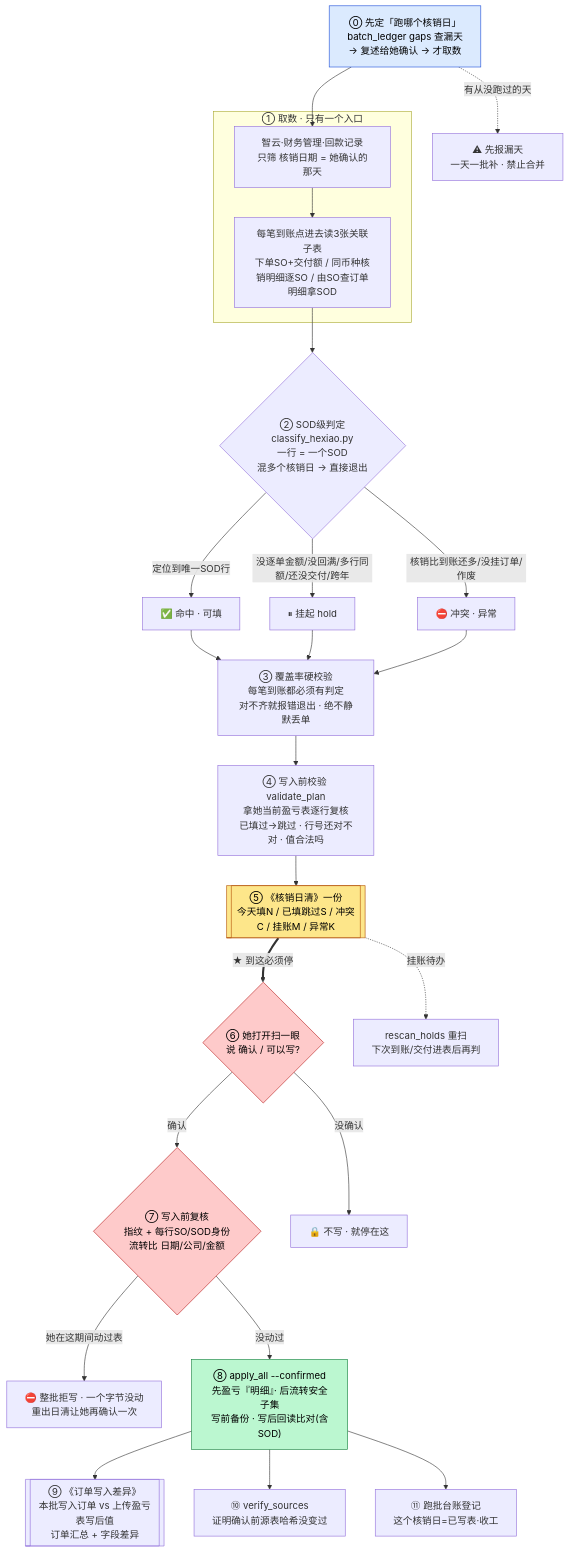
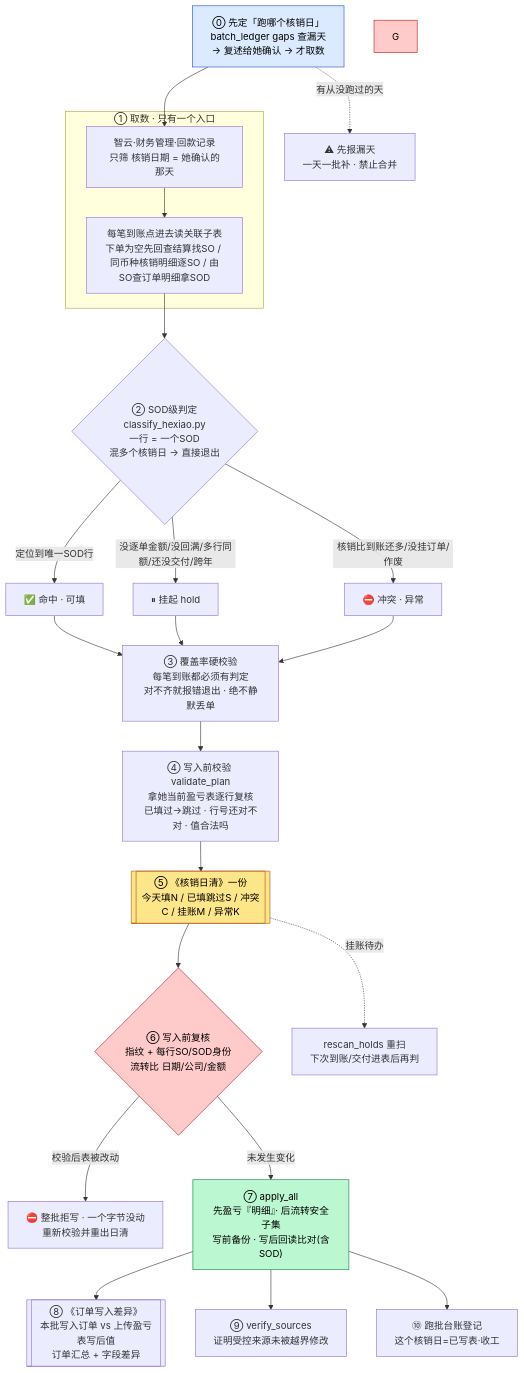
Before and after one commit to EvanLee2004/finance-skills: the first of 2 diagrams in skills/ar-hexiao-daily/README.md, drawn with Mermaid. The commit also changed other lines of this file and 38 other files, not shown here.

````diff
--- a/skills/ar-hexiao-daily/README.md
+++ b/skills/ar-hexiao-daily/README.md
@@ -56,32 +56,30 @@
 ```mermaid
 flowchart TD
     D0["⓪ 先定「跑哪个核销日」<br/>batch_ledger gaps 查漏天<br/>→ 复述给她确认 → 才取数"] --> A
     D0 -.->|"有从没跑过的天"| GAP["⚠ 先报漏天<br/>一天一批补 · 禁止合并"]
     subgraph 取数["① 取数 · 只有一个入口"]
-        A["智云·财务管理·回款记录<br/>只筛 核销日期 = 她确认的那天"] --> B["每笔到账点进去读3张关联子表<br/>下单SO+交付额 / 同币种核销明细逐SO / 由SO查订单明细拿SOD"]
+        A["智云·财务管理·回款记录<br/>只筛 核销日期 = 她确认的那天"] --> B["每笔到账点进去读关联子表<br/>下单为空先回查结算找SO / 同币种核销明细逐SO / 由SO查订单明细拿SOD"]
     end
     B --> C{"② SOD级判定<br/>classify_hexiao.py<br/>一行 = 一个SOD<br/>混多个核销日 → 直接退出"}
     C -->|"定位到唯一SOD行"| HIT["✅ 命中 · 可填"]
     C -->|"没逐单金额/没回满/多行同额/还没交付/跨年"| HOLD["⏸ 挂起 hold"]
     C -->|"核销比到账还多/没挂订单/作废"| EXC["⛔ 冲突 · 异常"]
     HIT --> COV
     HOLD --> COV
     EXC --> COV
     COV["③ 覆盖率硬校验<br/>每笔到账都必须有判定<br/>对不齐就报错退出 · 绝不静默丢单"] --> V["④ 写入前校验 validate_plan<br/>拿她当前盈亏表逐行复核<br/>已填过→跳过 · 行号还对不对 · 值合法吗"]
     V --> W[["⑤ 《核销日清》一份<br/>今天填N / 已填跳过S / 冲突C / 挂账M / 异常K"]]
-    W ==>|"★ 到这必须停"| G{"⑥ 她打开扫一眼<br/>说 确认 / 可以写?"}
-    G -->|"确认"| PRE{"⑦ 写入前复核<br/>指纹 + 每行SO/SOD身份<br/>流转比 日期/公司/金额"}
-    G -->|"没确认"| STOP["🔒 不写 · 就停在这"]
-    PRE -->|"她在这期间动过表"| REDO["⛔ 整批拒写 · 一个字节没动<br/>重出日清让她再确认一次"]
-    PRE -->|"没动过"| AP["⑧ apply_all --confirmed<br/>先盈亏『明细』· 后流转安全子集<br/>写前备份 · 写后回读比对(含SOD)"]
-    AP --> DIFF[["⑨ 《订单写入差异》<br/>本批写入订单 vs 上传盈亏表写后值<br/>订单汇总 + 字段差异"]]
-    AP --> VS["⑩ verify_sources<br/>证明确认前源表哈希没变过"]
-    AP --> BL["⑪ 跑批台账登记<br/>这个核销日=已写表·收工"]
+    W --> PRE{"⑥ 写入前复核<br/>指纹 + 每行SO/SOD身份<br/>流转比 日期/公司/金额"}
+    PRE -->|"校验后表被改动"| REDO["⛔ 整批拒写 · 一个字节没动<br/>重新校验并重出日清"]
+    PRE -->|"未发生变化"| AP["⑦ apply_all<br/>先盈亏『明细』· 后流转安全子集<br/>写前备份 · 写后回读比对(含SOD)"]
+    AP --> DIFF[["⑧ 《订单写入差异》<br/>本批写入订单 vs 上传盈亏表写后值<br/>订单汇总 + 字段差异"]]
+    AP --> VS["⑨ verify_sources<br/>证明受控来源未被越界修改"]
+    AP --> BL["⑩ 跑批台账登记<br/>这个核销日=已写表·收工"]
     W -.->|"挂账待办"| R["rescan_holds 重扫<br/>下次到账/交付进表后再判"]
 
     style D0 fill:#dbeafe,stroke:#1d4ed8,color:#000
     style W fill:#fde68a,stroke:#b45309,color:#000
     style G fill:#fecaca,stroke:#b91c1c,color:#000
     style PRE fill:#fecaca,stroke:#b91c1c,color:#000
     style AP fill:#bbf7d0,stroke:#15803d,color:#000
 ```
````
